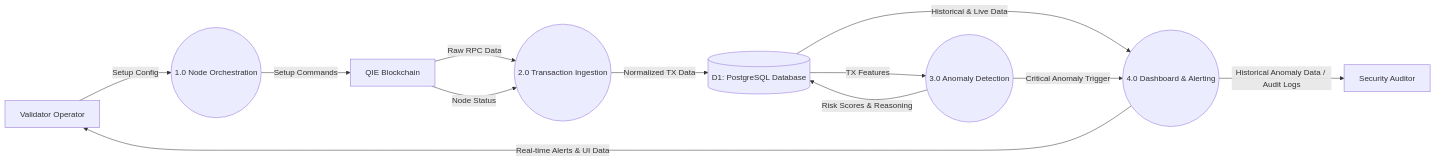
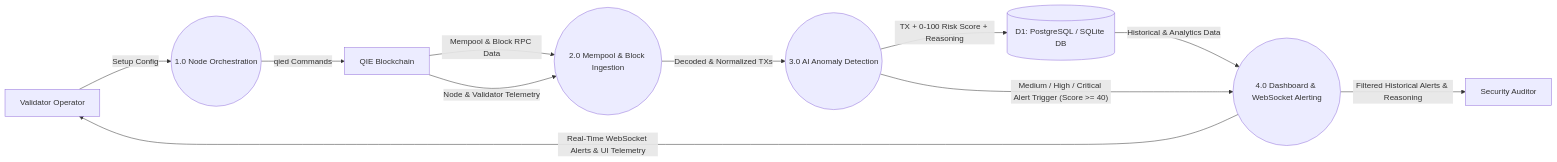
Before and after one commit to sheikhrehanseo/ValiGuard-Project-Main: the ninth of 23 diagrams in ValiGuard_Docs/ValiGuard_AI_Phase_1_Documentation.md, drawn with Mermaid. The commit also changed other lines of this file and 16 other files, not shown here.

Commit message:
feat: integrate EVM block telemetry, enhance demo mode mock data, and clean up legacy frontend

````diff
--- a/ValiGuard_Docs/ValiGuard_AI_Phase_1_Documentation.md
+++ b/ValiGuard_Docs/ValiGuard_AI_Phase_1_Documentation.md
@@ -728,36 +744,33 @@
 ```mermaid
 flowchart LR
 
 %% External Entities
 VO["Validator Operator"]
 SA["Security Auditor"]
 BC["QIE Blockchain"]
 
 %% Processes
 P1(("1.0 Node Orchestration"))
-P2(("2.0 Transaction Ingestion"))
-P3(("3.0 Anomaly Detection"))
-P4(("4.0 Dashboard & Alerting"))
+P2(("2.0 Mempool & Block Ingestion"))
+P3(("3.0 AI Anomaly Detection"))
+P4(("4.0 Dashboard & WebSocket Alerting"))
 
 %% Data Store
-DB[(D1: PostgreSQL Database)]
+DB[("D1: PostgreSQL / SQLite DB")]
 
 %% Data Flows
 VO -->|"Setup Config"| P1
+P1 -->|"qied Commands"| BC
 
-P1 -->|"Setup Commands"| BC
+BC -->|"Mempool & Block RPC Data"| P2
+BC -->|"Node & Validator Telemetry"| P2
 
-BC -->|"Raw RPC Data"| P2
-BC -->|"Node Status"| P2
+P2 -->|"Decoded & Normalized TXs"| P3
+P3 -->|"TX + 0-100 Risk Score + Reasoning"| DB
 
-P2 -->|"Normalized TX Data"| DB
+DB -->|"Historical & Analytics Data"| P4
+P3 -->|"Medium / High / Critical Alert Trigger (Score >= 40)"| P4
 
-DB -->|"TX Features"| P3
-P3 -->|"Risk Scores & Reasoning"| DB
-
-DB -->|"Historical & Live Data"| P4
-P3 -->|"Critical Anomaly Trigger"| P4
-
-P4 -->|"Real-time Alerts & UI Data"| VO
-P4 -->|"Historical Anomaly Data / Audit Logs"| SA
+P4 -->|"Real-Time WebSocket Alerts & UI Telemetry"| VO
+P4 -->|"Filtered Historical Alerts & Reasoning"| SA
 ```
````
